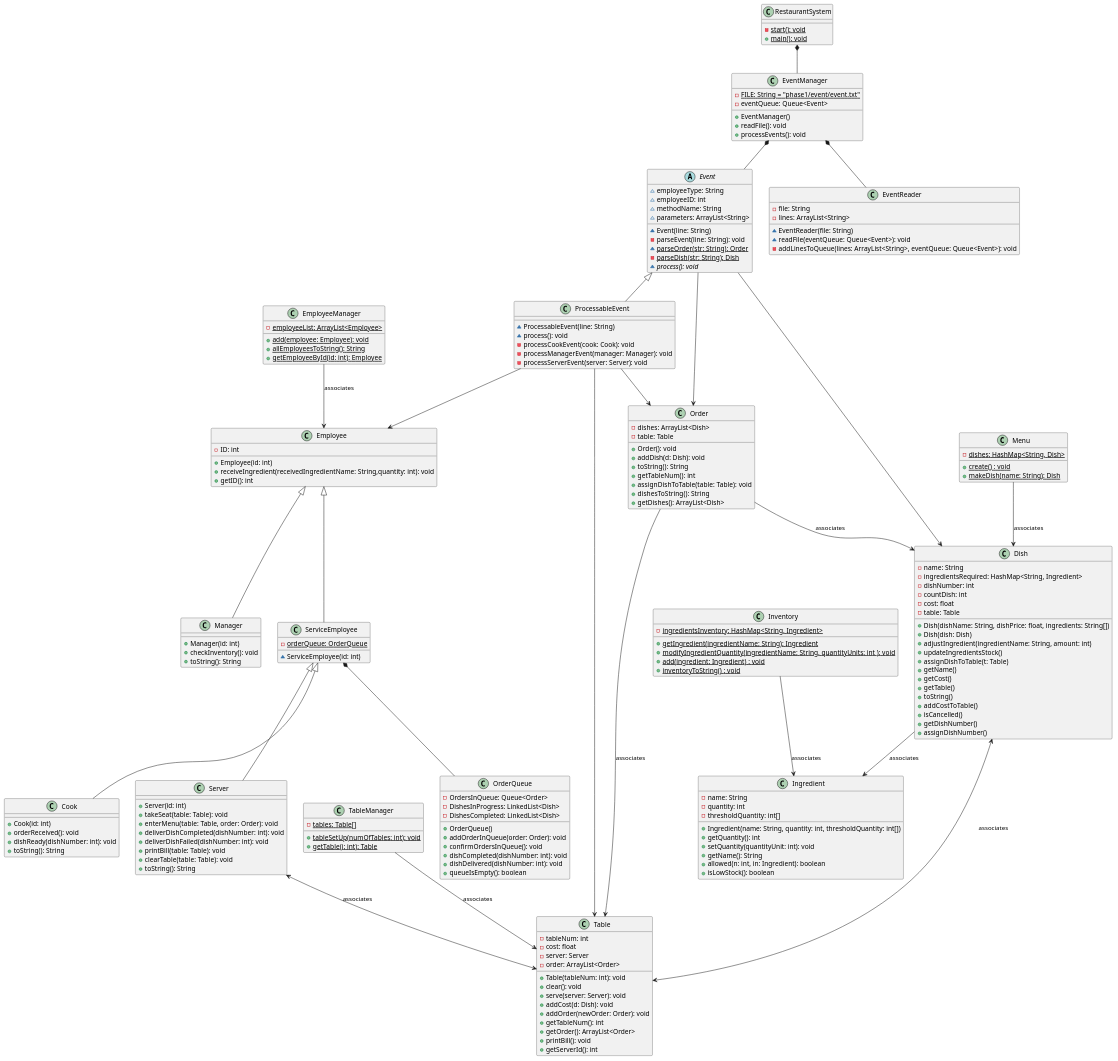
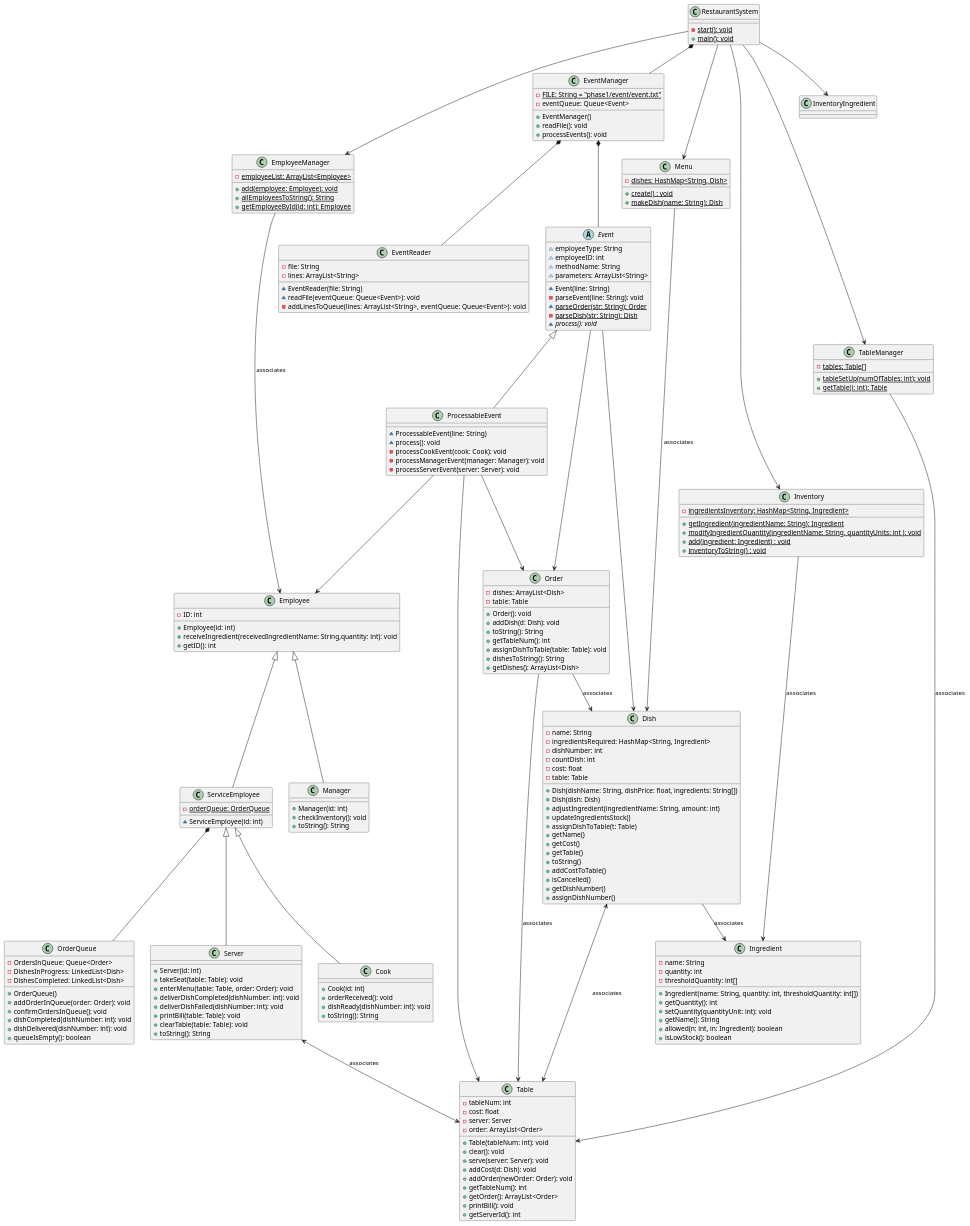
The diagram in phase1/phase1uml.puml (billangli/RestaurantSystem), drawn with PlantUML before and after one commit. The commit also changed 1 other file, not shown here.

Commit message:
Updated UML diagram

```diff
--- a/phase1/phase1uml.puml
+++ b/phase1/phase1uml.puml
@@ -198,5 +198,11 @@
 + {static} main(): void
 }
 
+RestaurantSystem --> TableManager
+RestaurantSystem --> EmployeeManager
+RestaurantSystem --> InventoryIngredient
+RestaurantSystem --> Inventory
+RestaurantSystem --> Menu
+
 RestaurantSystem *-- EventManager
 @enduml
```
